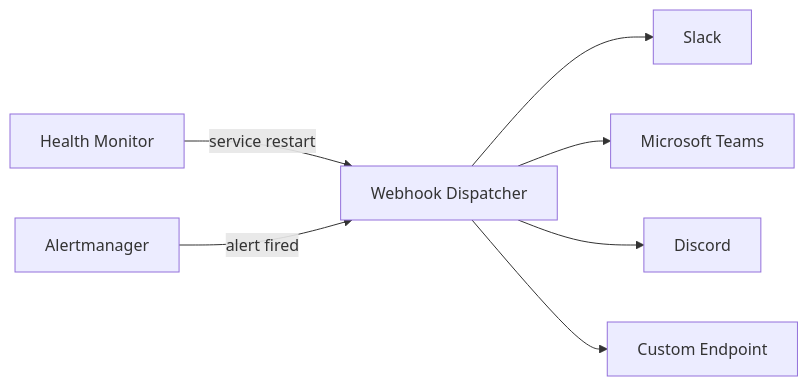
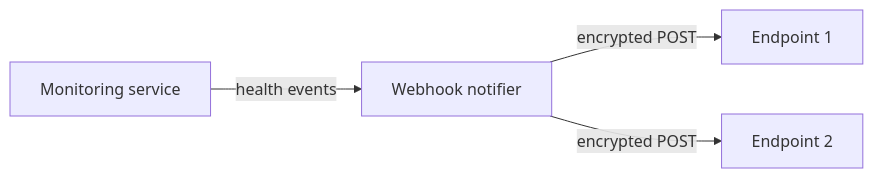
The diagram in docs/monitoring/webhook-notifications.md (Techies-Africa/mailyte-mail-server-community), drawn with Mermaid before and after one commit. The commit also changed other lines of this file and 481 other files, not shown here.

````diff
--- a/docs/monitoring/webhook-notifications.md
+++ b/docs/monitoring/webhook-notifications.md
@@ -9,9 +9,6 @@
 ```mermaid
 graph LR
-    HM[Health Monitor] -->|service restart| WH[Webhook Dispatcher]
-    AM[Alertmanager] -->|alert fired| WH
-    WH --> SL[Slack]
-    WH --> MS[Microsoft Teams]
-    WH --> DC[Discord]
-    WH --> CU[Custom Endpoint]
+    MON[Monitoring service] -->|health events| WN[Webhook notifier]
+    WN -->|encrypted POST| EP1[Endpoint 1]
+    WN -->|encrypted POST| EP2[Endpoint 2]
 ```
````
